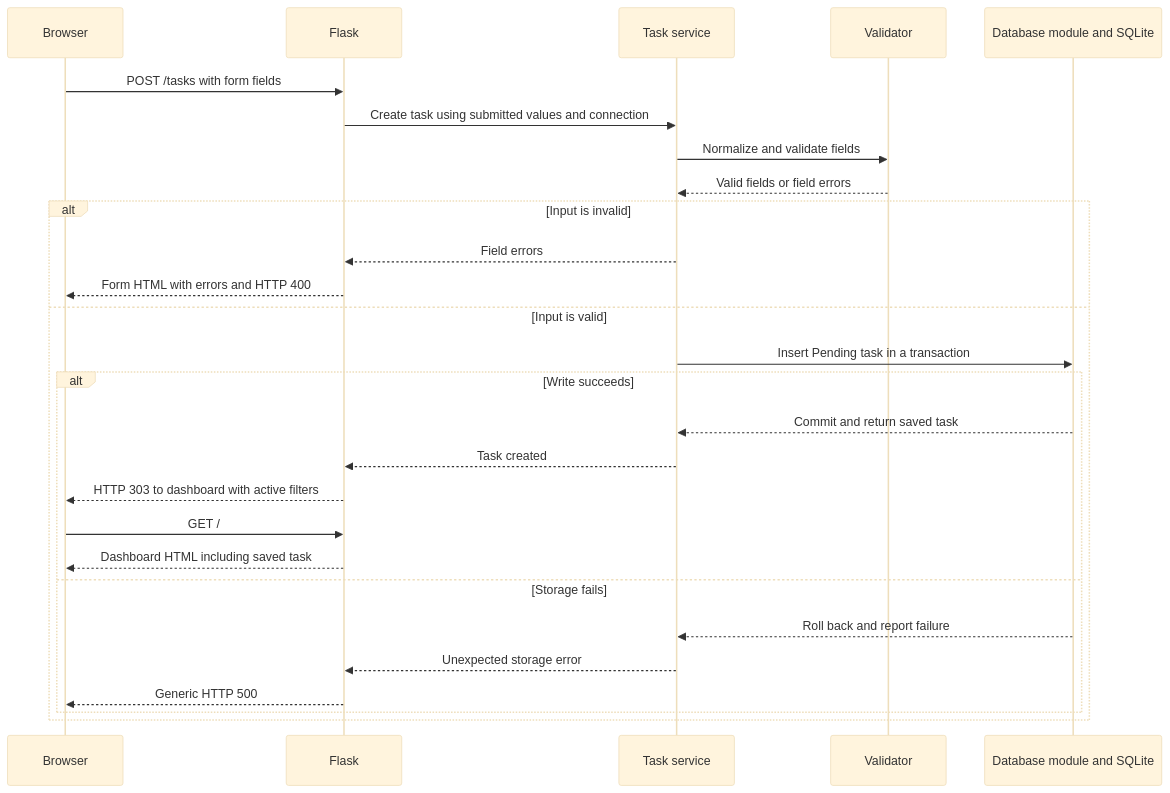
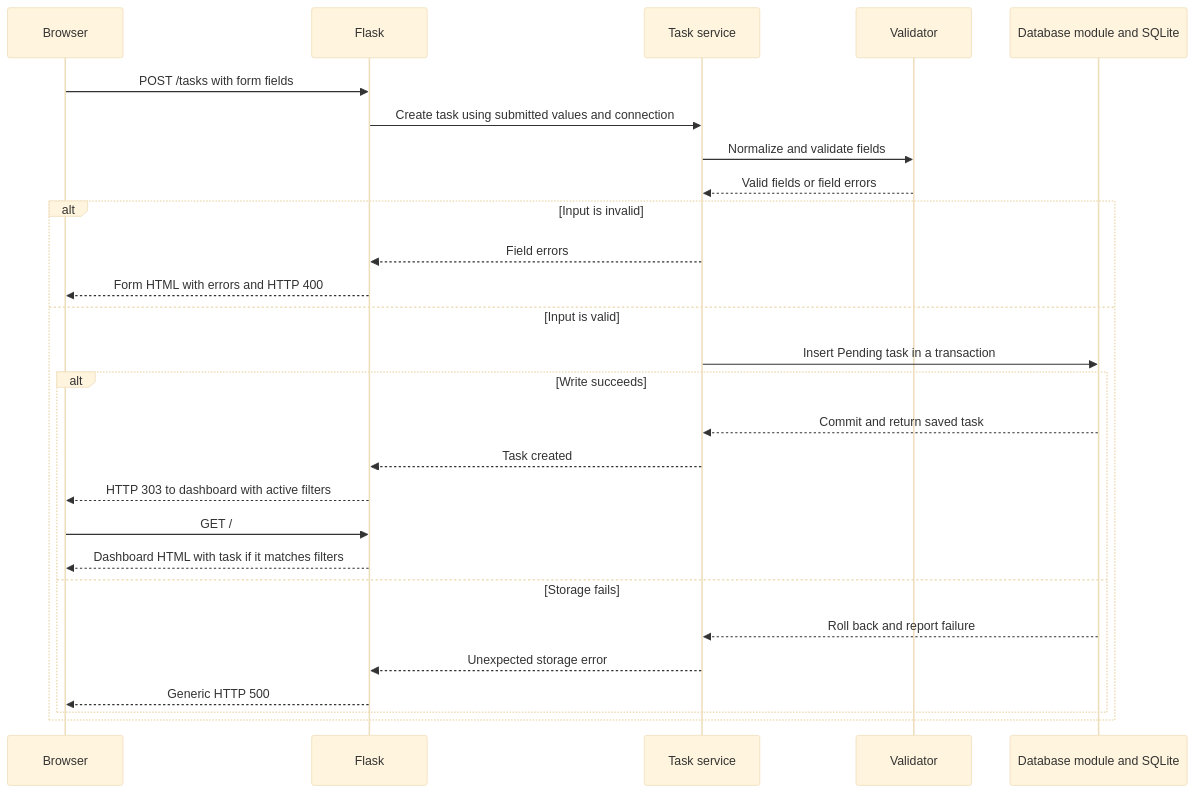
Before and after one commit to dayplan-development/dayplan: the second of 3 diagrams in docs/ARCHITECTURE.md, drawn with Mermaid (base theme). The commit also changed other lines of this file and 12 other files, not shown here.

````diff
--- a/docs/ARCHITECTURE.md
+++ b/docs/ARCHITECTURE.md
@@ -90,29 +89,29 @@
 ```mermaid
 sequenceDiagram
     participant B as Browser
     participant F as Flask
     participant S as Task service
     participant V as Validator
     participant D as Database module and SQLite
     B->>F: POST /tasks with form fields
     F->>S: Create task using submitted values and connection
     S->>V: Normalize and validate fields
     V-->>S: Valid fields or field errors
     alt Input is invalid
         S-->>F: Field errors
         F-->>B: Form HTML with errors and HTTP 400
     else Input is valid
         S->>D: Insert Pending task in a transaction
         alt Write succeeds
             D-->>S: Commit and return saved task
             S-->>F: Task created
             F-->>B: HTTP 303 to dashboard with active filters
             B->>F: GET /
-            F-->>B: Dashboard HTML including saved task
+            F-->>B: Dashboard HTML with task if it matches filters
         else Storage fails
             D-->>S: Roll back and report failure
             S-->>F: Unexpected storage error
             F-->>B: Generic HTTP 500
         end
     end
 ```
````
